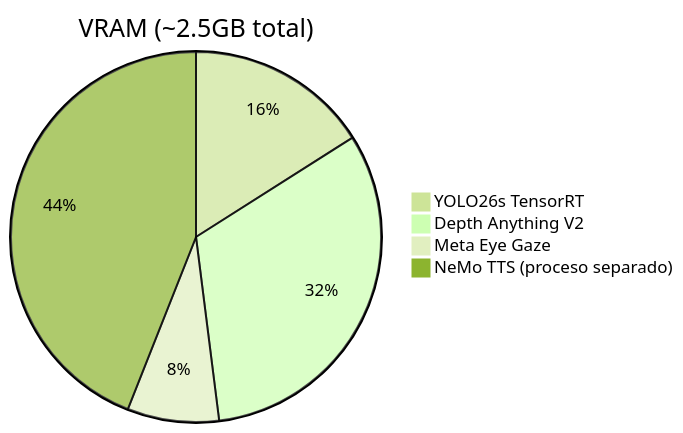
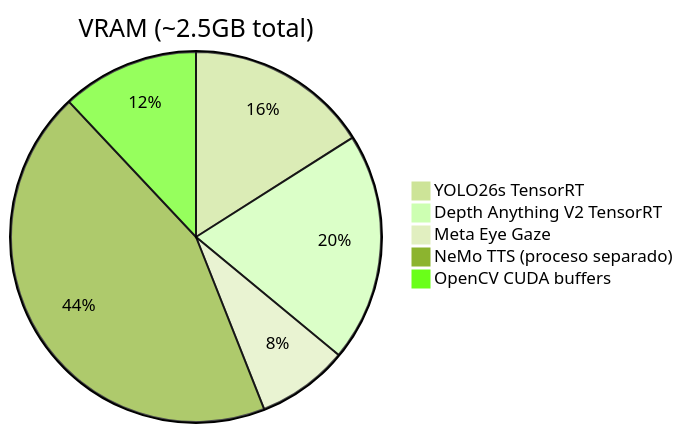
Before and after one commit to robertteleng/aria-demo: diagram 11 of 11 in README.md, drawn with Mermaid (forest theme). The commit also changed other lines of this file, not shown here.

First line of the commit message:
docs: update README with TensorRT and NVDEC benchmarks

````diff
--- a/README.md
+++ b/README.md
@@ -719,7 +726,8 @@
 ```mermaid
 pie title VRAM (~2.5GB total)
     "YOLO26s TensorRT" : 0.4
-    "Depth Anything V2" : 0.8
+    "Depth Anything V2 TensorRT" : 0.5
     "Meta Eye Gaze" : 0.2
     "NeMo TTS (proceso separado)" : 1.1
+    "OpenCV CUDA buffers" : 0.3
 ```
````
